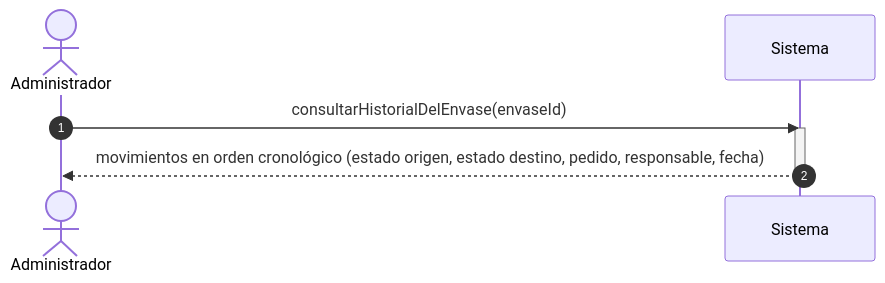
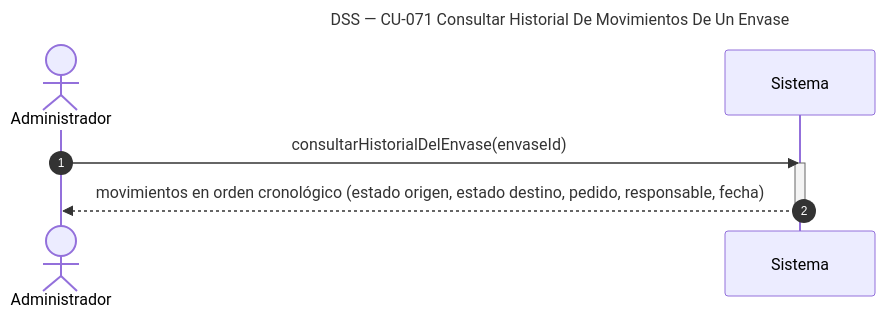
One commit to Nahuelito-Dev/splg-docs changed the diagram in diagramas/DSS_CU-071_Consultar-Historial-De-Movimientos-De-Un-Envase.mmd. Above: the diagram before and after it, drawn with Mermaid. The commit also changed 296 other files, not shown here.

First line of the commit message:
feat(notacion): completar la notación UML de los 293 diagramas de secuencia

```diff
--- a/diagramas/DSS_CU-071_Consultar-Historial-De-Movimientos-De-Un-Envase.mmd
+++ b/diagramas/DSS_CU-071_Consultar-Historial-De-Movimientos-De-Un-Envase.mmd
@@ -1,9 +1,10 @@
 sequenceDiagram
+    title DSS — CU-071 Consultar Historial De Movimientos De Un Envase
     autonumber
     actor ADM as Administrador
     participant SIS as Sistema
 
     ADM->>SIS: consultarHistorialDelEnvase(envaseId)
     activate SIS
     SIS-->>ADM: movimientos en orden cronológico (estado origen, estado destino, pedido, responsable, fecha)
     deactivate SIS
```
